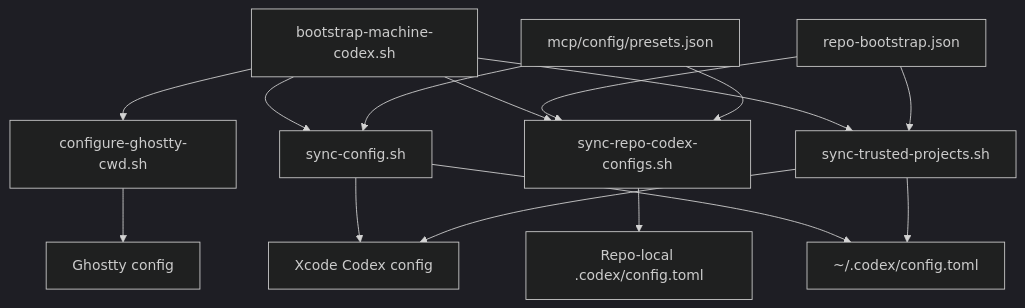
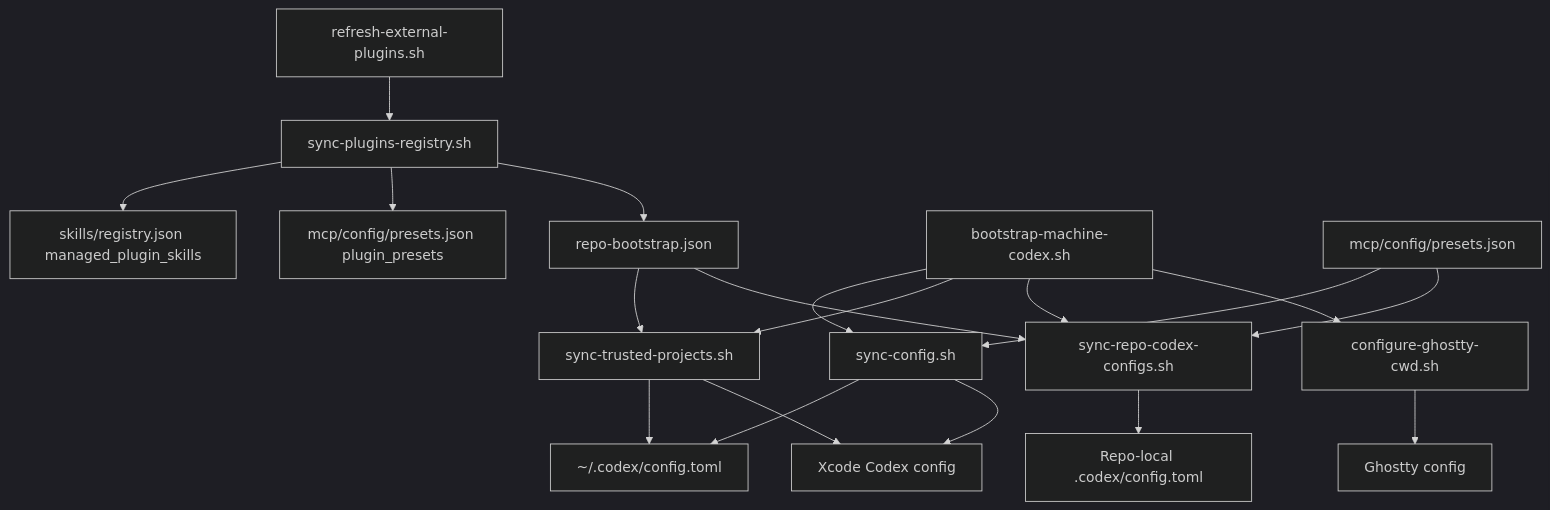
One commit to wisdom-in-a-nutshell/.agents changed the first of 5 diagrams in docs/architecture/codex-control-plane-script-flows.md. Above: the diagram before and after it, drawn with Mermaid (dark theme). The commit also changed other lines of this file and 12 other files, not shown here.

````diff
--- a/docs/architecture/codex-control-plane-script-flows.md
+++ b/docs/architecture/codex-control-plane-script-flows.md
@@ -19,17 +20,21 @@
 ```mermaid
 flowchart TD
+    P[refresh-external-plugins.sh] --> Q[sync-plugins-registry.sh]
+    Q --> S[skills/registry.json managed_plugin_skills]
+    Q --> T[mcp/config/presets.json plugin_presets]
+    Q --> R[repo-bootstrap.json plugin_mcp_presets]
     A[bootstrap-machine-codex.sh] --> B[sync-config.sh]
     A --> C[sync-trusted-projects.sh]
     A --> D[sync-repo-codex-configs.sh]
     A --> E[configure-ghostty-cwd.sh]
     R[repo-bootstrap.json] --> C
     R --> D
     M[mcp/config/presets.json] --> B
     M --> D
     B --> F[~/.codex/config.toml]
     B --> G[Xcode Codex config]
     C --> F
     C --> G
     D --> H[Repo-local .codex/config.toml]
     E --> I[Ghostty config]
 ```
````
